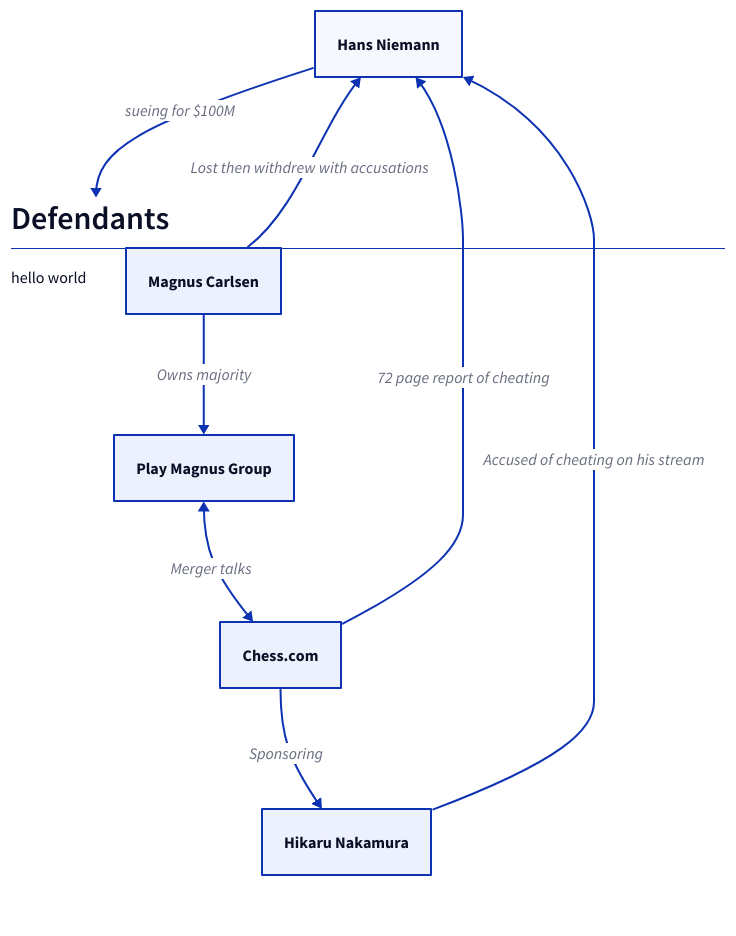
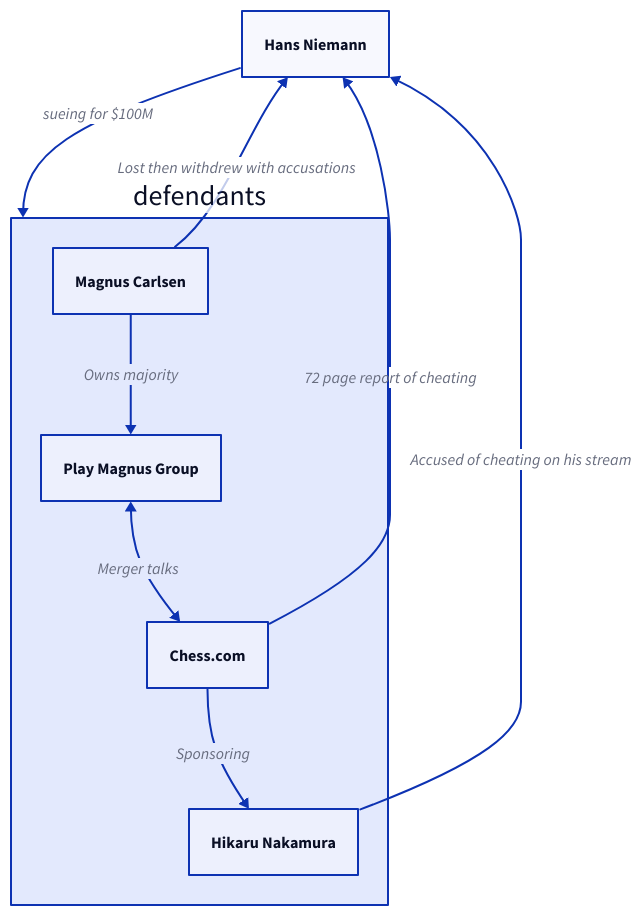
One commit to linw1995/tree-sitter-d2 changed the diagram in examples/chess.d2. Above: the diagram before and after it, drawn with D2. The commit also changed 9 other files, not shown here.

```diff
--- a/examples/chess.d2
+++ b/examples/chess.d2
@@ -1,26 +1,21 @@
 # Actors
 hans: Hans Niemann
 
-defendants: |md
-  # Defendants
-
-  hello world
-| {
-  shape: text
+defendants: {
   mc: Magnus Carlsen
   playmagnus: Play Magnus Group
   chesscom: Chess.com
   naka: Hikaru Nakamura
 
   mc -> playmagnus: Owns majority
   playmagnus <-> chesscom: Merger talks
   chesscom -> naka: Sponsoring
 }
 
 # Accusations
 hans -> defendants: 'sueing for $100M'
 
 # Offense
 defendants.naka -> hans: Accused of cheating on his stream
 defendants.mc -> hans: Lost then withdrew with accusations
 defendants.chesscom -> hans: 72 page report of cheating
```
